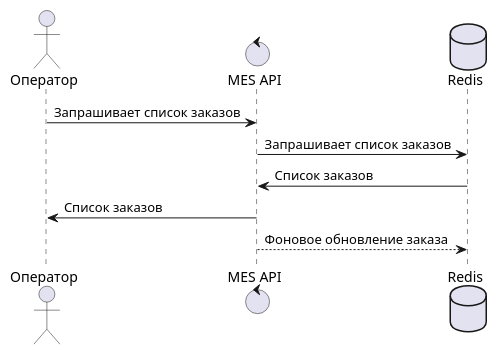
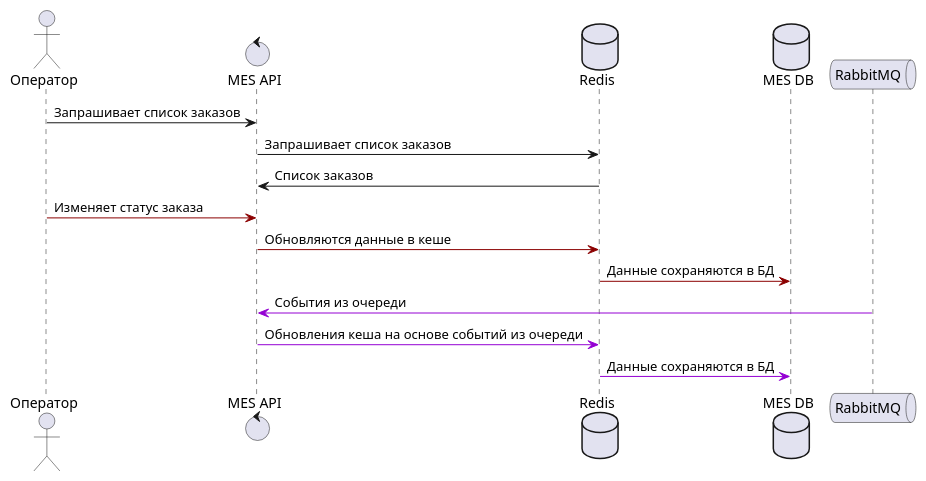
Before and after one commit to AndreyLitvinov/architecture-sprint-4: the diagram in Exc5/cache-orders.puml, drawn with PlantUML. The commit also changed 5 other files, not shown here.

```diff
--- a/Exc5/cache-orders.puml
+++ b/Exc5/cache-orders.puml
@@ -1,14 +1,22 @@
 @startuml
 
 actor       Оператор    as operator
 control     "MES API"   as mes
 database    Redis       as cache
+database    "MES DB"    as mesdb
+queue       RabbitMQ    as queuermq
 
 operator -> mes : Запрашивает список заказов
 mes -> cache : Запрашивает список заказов
 cache -> mes : Список заказов
-mes -> operator : Список заказов
 
-mes --> cache : Фоновое обновление заказа
+operator [#DarkRed]-> mes: Изменяет статус заказа
+mes [#DarkRed]-> cache : Обновляются данные в кеше
+cache [#DarkRed]-> mesdb : Данные сохраняются в БД
+
+queuermq [#DarkViolet]-> mes : События из очереди
+mes [#DarkViolet]-> cache : Обновления кеша на основе событий из очереди
+cache [#DarkViolet]-> mesdb : Данные сохраняются в БД
+
 
 @enduml
```
